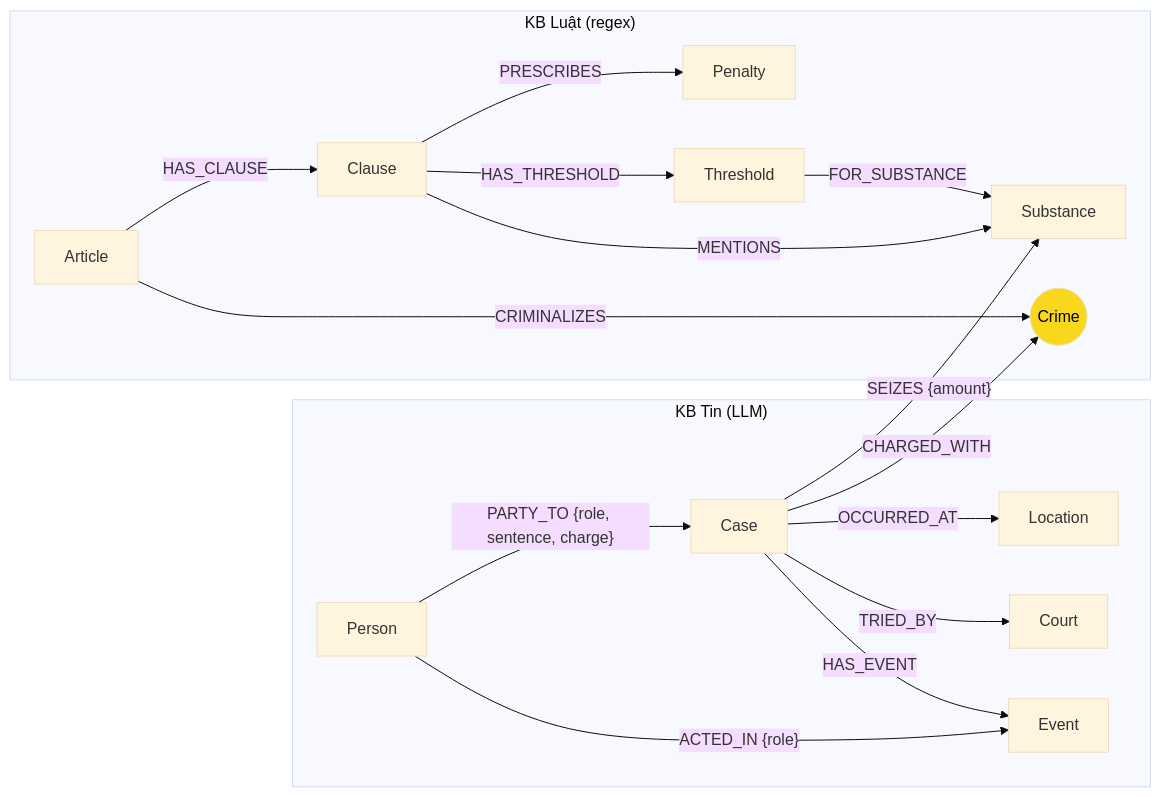
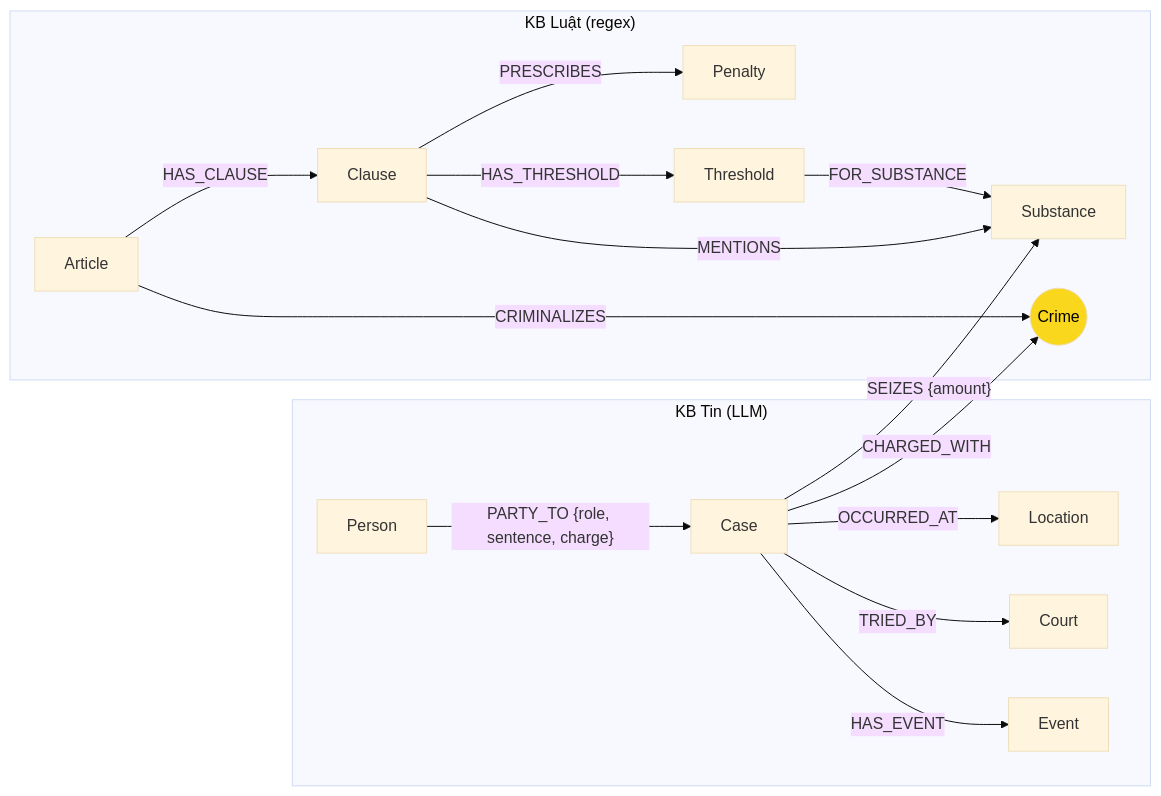
The diagram in report/ONTOLOGY.md (KOT-NW/K4-Day19-DoHoangNamKhanh-02423), drawn with Mermaid (base theme) before and after one commit. The commit also changed other lines of this file and 1 other file, not shown here.

Commit message:
Fix ontology doc: drop ACTED_IN to match graph schema

````diff
--- a/report/ONTOLOGY.md
+++ b/report/ONTOLOGY.md
@@ -15,21 +15,20 @@
 ```mermaid
 flowchart LR
     subgraph Law["KB Luật (regex)"]
       A[Article] -- HAS_CLAUSE --> CL[Clause]
       CL -- PRESCRIBES --> PE[Penalty]
       CL -- HAS_THRESHOLD --> TH[Threshold]
       TH -- FOR_SUBSTANCE --> S[Substance]
       CL -- MENTIONS --> S
       A -- CRIMINALIZES --> C((Crime))
     end
     subgraph News["KB Tin (LLM)"]
       K[Case] -- CHARGED_WITH --> C
       K -- SEIZES {amount} --> S
       K -- OCCURRED_AT --> L[Location]
       K -- TRIED_BY --> CT[Court]
       K -- HAS_EVENT --> EV[Event]
       P[Person] -- PARTY_TO {role, sentence, charge} --> K
-      P -- ACTED_IN {role} --> EV
     end
     style C fill:#f9d71c,color:#000
 ```
````
